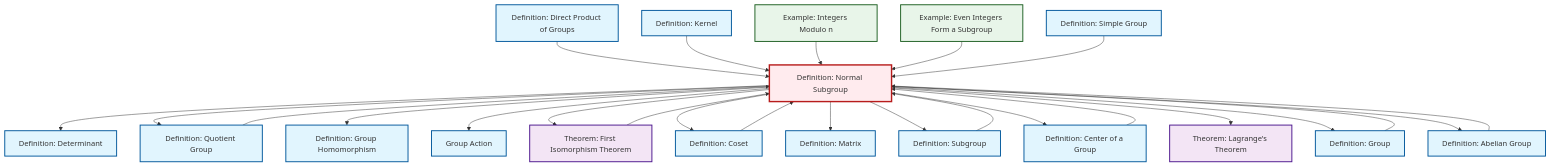
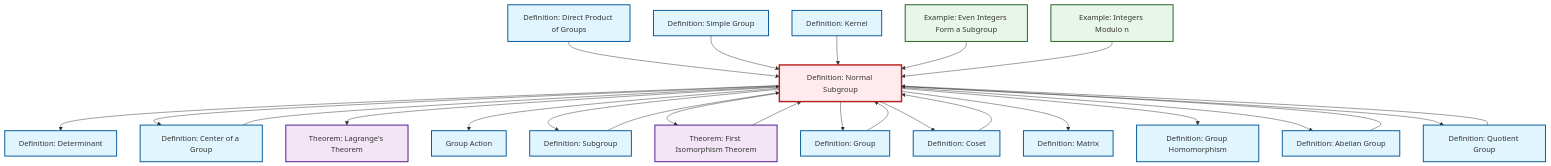
One commit to RK0429/ModernMath changed the diagram in content/en/algebra/def-normal-subgroup.qmd. Above: the diagram before and after it, drawn with Mermaid. The commit also changed other lines of this file and 1012 other files, not shown here.

````diff
--- a/content/en/algebra/def-normal-subgroup.qmd
+++ b/content/en/algebra/def-normal-subgroup.qmd
@@ -96,69 +96,69 @@
 ```{mermaid}
 %%| fig-cap: "Local dependency graph"
 graph TD
     classDef definition fill:#e1f5fe,stroke:#01579b,stroke-width:2px
     classDef theorem fill:#f3e5f5,stroke:#4a148c,stroke-width:2px
     classDef axiom fill:#fff3e0,stroke:#e65100,stroke-width:2px
     classDef example fill:#e8f5e9,stroke:#1b5e20,stroke-width:2px
     classDef current fill:#ffebee,stroke:#b71c1c,stroke-width:3px
-    def-determinant["Definition: Determinant"]:::definition
+    def-simple-group["Definition: Simple Group"]:::definition
+    def-kernel["Definition: Kernel"]:::definition
+    def-subgroup["Definition: Subgroup"]:::definition
+    def-homomorphism["Definition: Group Homomorphism"]:::definition
     ex-quotient-integers-mod-n["Example: Integers Modulo n"]:::example
+    def-group-action["Group Action"]:::definition
+    def-abelian-group["Definition: Abelian Group"]:::definition
     thm-lagrange["Theorem: Lagrange's Theorem"]:::theorem
     def-normal-subgroup["Definition: Normal Subgroup"]:::definition
     def-matrix["Definition: Matrix"]:::definition
+    def-center-of-group["Definition: Center of a Group"]:::definition
+    def-coset["Definition: Coset"]:::definition
+    def-determinant["Definition: Determinant"]:::definition
+    def-quotient-group["Definition: Quotient Group"]:::definition
+    def-direct-product["Definition: Direct Product of Groups"]:::definition
+    thm-first-isomorphism["Theorem: First Isomorphism Theorem"]:::theorem
+    def-group["Definition: Group"]:::definition
     ex-even-integers-subgroup["Example: Even Integers Form a Subgroup"]:::example
-    def-direct-product["Definition: Direct Product of Groups"]:::definition
-    def-subgroup["Definition: Subgroup"]:::definition
-    def-simple-group["Definition: Simple Group"]:::definition
-    thm-first-isomorphism["Theorem: First Isomorphism Theorem"]:::theorem
-    def-quotient-group["Definition: Quotient Group"]:::definition
-    def-abelian-group["Definition: Abelian Group"]:::definition
-    def-center-of-group["Definition: Center of a Group"]:::definition
-    def-homomorphism["Definition: Group Homomorphism"]:::definition
-    def-coset["Definition: Coset"]:::definition
-    def-group-action["Group Action"]:::definition
-    def-kernel["Definition: Kernel"]:::definition
-    def-group["Definition: Group"]:::definition
+    def-coset --> def-normal-subgroup
+    def-normal-subgroup --> def-determinant
+    def-direct-product --> def-normal-subgroup
+    def-normal-subgroup --> def-center-of-group
+    def-simple-group --> def-normal-subgroup
+    def-abelian-group --> def-normal-subgroup
     def-subgroup --> def-normal-subgroup
-    def-normal-subgroup --> def-determinant
-    def-coset --> def-normal-subgroup
+    def-group --> def-normal-subgroup
+    def-normal-subgroup --> thm-lagrange
+    def-center-of-group --> def-normal-subgroup
+    def-normal-subgroup --> def-group-action
+    def-normal-subgroup --> def-subgroup
+    def-quotient-group --> def-normal-subgroup
+    def-normal-subgroup --> thm-first-isomorphism
+    thm-first-isomorphism --> def-normal-subgroup
+    def-normal-subgroup --> def-group
+    def-kernel --> def-normal-subgroup
+    def-normal-subgroup --> def-coset
+    ex-even-integers-subgroup --> def-normal-subgroup
+    def-normal-subgroup --> def-matrix
+    def-normal-subgroup --> def-homomorphism
+    def-normal-subgroup --> def-abelian-group
     def-normal-subgroup --> def-quotient-group
-    def-quotient-group --> def-normal-subgroup
-    def-normal-subgroup --> def-homomorphism
-    def-direct-product --> def-normal-subgroup
-    def-normal-subgroup --> def-group-action
-    def-group --> def-normal-subgroup
-    def-normal-subgroup --> thm-first-isomorphism
-    def-normal-subgroup --> def-coset
-    def-normal-subgroup --> def-matrix
-    def-normal-subgroup --> def-subgroup
-    def-kernel --> def-normal-subgroup
-    def-abelian-group --> def-normal-subgroup
-    def-normal-subgroup --> def-center-of-group
-    def-center-of-group --> def-normal-subgroup
     ex-quotient-integers-mod-n --> def-normal-subgroup
-    def-normal-subgroup --> thm-lagrange
-    def-normal-subgroup --> def-group
-    ex-even-integers-subgroup --> def-normal-subgroup
-    def-simple-group --> def-normal-subgroup
-    thm-first-isomorphism --> def-normal-subgroup
-    def-normal-subgroup --> def-abelian-group
     class def-normal-subgroup current
-    click def-determinant "def-determinant.html" "Go to Determinant definition"
+    click def-simple-group "def-simple-group.html" "Go to Simple Group definition"
+    click def-kernel "def-kernel.html" "Go to Kernel definition"
+    click def-subgroup "def-subgroup.html" "Go to Subgroup definition"
+    click def-homomorphism "def-homomorphism.html" "Go to Group Homomorphism definition"
     click ex-quotient-integers-mod-n "ex-quotient-integers-mod-n.html" "Go to Integers Modulo n example"
+    click def-group-action "def-group-action.html" "Go to Group Action"
+    click def-abelian-group "def-abelian-group.html" "Go to Abelian Group definition"
     click thm-lagrange "thm-lagrange.html" "Go to Lagrange's Theorem theorem"
     click def-matrix "def-matrix.html" "Go to Matrix definition"
+    click def-center-of-group "def-center-of-group.html" "Go to Center of a Group definition"
+    click def-coset "def-coset.html" "Go to Coset definition"
+    click def-determinant "def-determinant.html" "Go to Determinant definition"
+    click def-quotient-group "def-quotient-group.html" "Go to Quotient Group definition"
+    click def-direct-product "def-direct-product.html" "Go to Direct Product of Groups definition"
+    click thm-first-isomorphism "thm-first-isomorphism.html" "Go to First Isomorphism Theorem theorem"
+    click def-group "def-group.html" "Go to Group definition"
     click ex-even-integers-subgroup "ex-even-integers-subgroup.html" "Go to Even Integers Form a Subgroup example"
-    click def-direct-product "def-direct-product.html" "Go to Direct Product of Groups definition"
-    click def-subgroup "def-subgroup.html" "Go to Subgroup definition"
-    click def-simple-group "def-simple-group.html" "Go to Simple Group definition"
-    click thm-first-isomorphism "thm-first-isomorphism.html" "Go to First Isomorphism Theorem theorem"
-    click def-quotient-group "def-quotient-group.html" "Go to Quotient Group definition"
-    click def-abelian-group "def-abelian-group.html" "Go to Abelian Group definition"
-    click def-center-of-group "def-center-of-group.html" "Go to Center of a Group definition"
-    click def-homomorphism "def-homomorphism.html" "Go to Group Homomorphism definition"
-    click def-coset "def-coset.html" "Go to Coset definition"
-    click def-group-action "def-group-action.html" "Go to Group Action"
-    click def-kernel "def-kernel.html" "Go to Kernel definition"
-    click def-group "def-group.html" "Go to Group definition"
 ```
````
